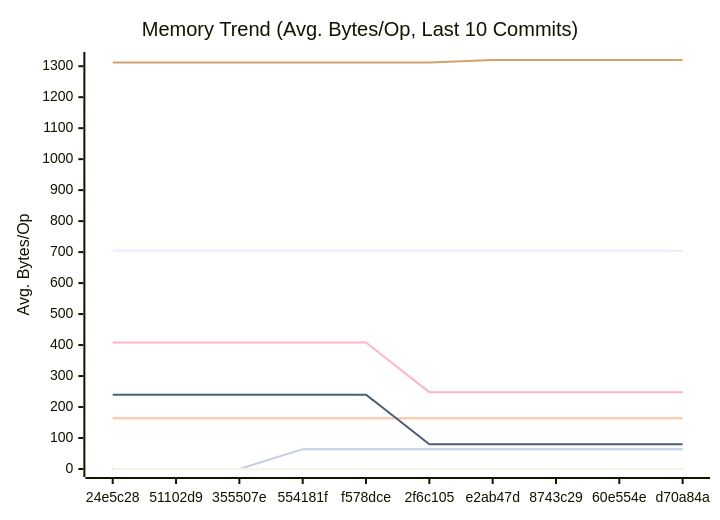
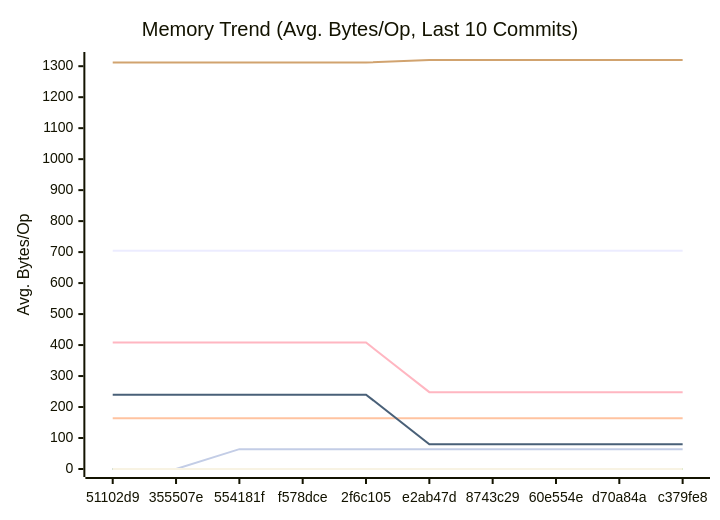
Before and after one commit to alsotoes/momo: the second of 3 diagrams in docs/PERFORMANCE.md, drawn with Mermaid. The commit also changed other lines of this file and 3 other files, not shown here.

````diff
--- a/docs/PERFORMANCE.md
+++ b/docs/PERFORMANCE.md
@@ -152,18 +152,18 @@
 ```mermaid
 xychart-beta
     title "Memory Trend (Avg. Bytes/Op, Last 10 Commits)"
     x-axis "Commit"
     y-axis "Avg. Bytes/Op"
-    x-axis [24e5c28,51102d9,355507e,554181f,f578dce,2f6c105,e2ab47d,8743c29,60e554e,d70a84a]
+    x-axis [51102d9,355507e,554181f,f578dce,2f6c105,e2ab47d,8743c29,60e554e,d70a84a,c379fe8]
     line "CheckMetricsAndSwap" [0,0,0,0,0,0,0,0,0,0]
     line "CrushOptimized" [0,0,0,0,0,0,0,0,0,0]
     line "CrushOriginal" [164,164,164,164,164,164,164,164,164,164]
     line "IndexDirectTracking" [0,0,0,0,0,0,0,0,0,0]
     line "IndexSearch" [0,0,0,0,0,0,0,0,0,0]
-    line "LoadGlobalConfig" [1312,1312,1312,1312,1312,1312,1320,1320,1320,1320]
-    line "PadString" [0,0,0,64,64,64,64,64,64,64]
+    line "LoadGlobalConfig" [1312,1312,1312,1312,1312,1320,1320,1320,1320,1320]
+    line "PadString" [0,0,64,64,64,64,64,64,64,64]
     line "ParseReplicationOrder_NoPrealloc" [408,408,408,408,408,248,248,248,248,248]
     line "ParseReplicationOrder_Prealloc" [240,240,240,240,240,80,80,80,80,80]
     line "SanitizeLog/Safe" [0,0,0,0,0,0,0,0,0,0]
     line "SanitizeLog/Unsafe" [704,704,704,704,704,704,704,704,704,704]
 ```
````
